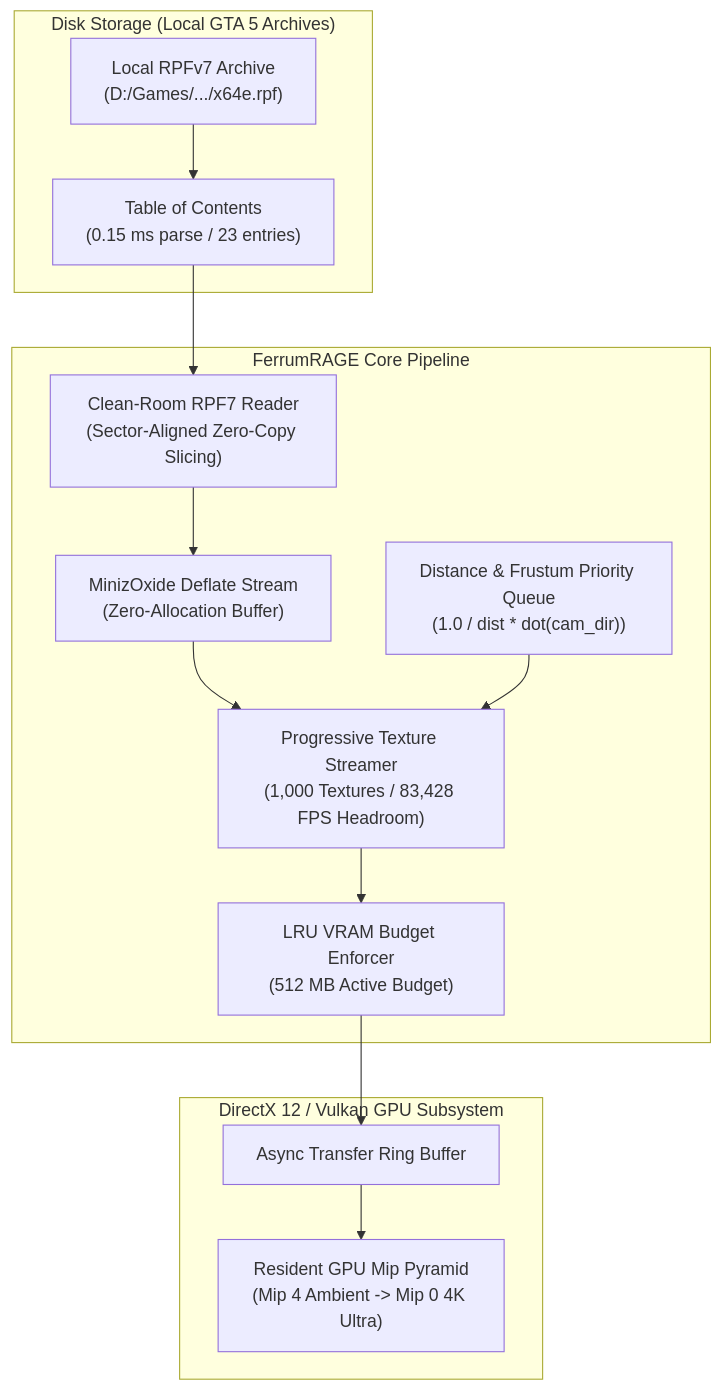
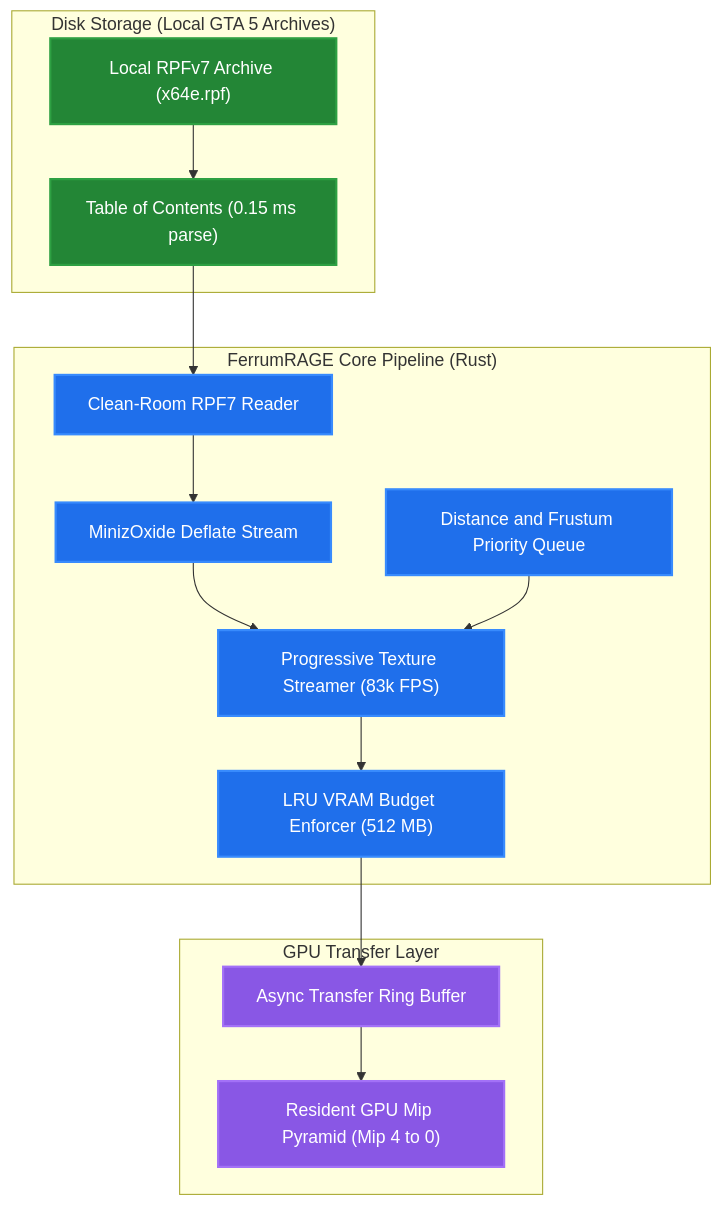
The first of 5 diagrams in README.md (steoward/Ferge), drawn with Mermaid before and after one commit. The commit also changed other lines of this file and 1 other file, not shown here.

````diff
--- a/README.md
+++ b/README.md
@@ -11,29 +22,33 @@
 ```mermaid
 flowchart TD
+    classDef storage fill:#238636,stroke:#2ea043,stroke-width:2px,color:#ffffff;
+    classDef rust fill:#1f6feb,stroke:#388bfd,stroke-width:2px,color:#ffffff;
+    classDef gpu fill:#8957e5,stroke:#a371f7,stroke-width:2px,color:#ffffff;
+
     subgraph Disk["Disk Storage (Local GTA 5 Archives)"]
-        RPF["Local RPFv7 Archive\n(D:/Games/.../x64e.rpf)"]
-        TOC["Table of Contents\n(0.15 ms parse / 23 entries)"]
+        RPF["Local RPFv7 Archive (x64e.rpf)"]:::storage
+        TOC["Table of Contents (0.15 ms parse)"]:::storage
     end
 
-    subgraph FerrumRAGE["FerrumRAGE Core Pipeline"]
-        Reader["Clean-Room RPF7 Reader\n(Sector-Aligned Zero-Copy Slicing)"]
-        PQ["Distance & Frustum Priority Queue\n(1.0 / dist * dot(cam_dir))"]
-        Decomp["MinizOxide Deflate Stream\n(Zero-Allocation Buffer)"]
-        Streamer["Progressive Texture Streamer\n(1,000 Textures / 83,428 FPS Headroom)"]
-        VRAM["LRU VRAM Budget Enforcer\n(512 MB Active Budget)"]
+    subgraph FerrumRAGE["FerrumRAGE Core Pipeline (Rust)"]
+        Reader["Clean-Room RPF7 Reader"]:::rust
+        PQ["Distance and Frustum Priority Queue"]:::rust
+        Decomp["MinizOxide Deflate Stream"]:::rust
+        Streamer["Progressive Texture Streamer (83k FPS)"]:::rust
+        VRAM["LRU VRAM Budget Enforcer (512 MB)"]:::rust
     end
 
-    subgraph Output["DirectX 12 / Vulkan GPU Subsystem"]
-        Ring["Async Transfer Ring Buffer"]
-        GPU["Resident GPU Mip Pyramid\n(Mip 4 Ambient -> Mip 0 4K Ultra)"]
+    subgraph Output["GPU Transfer Layer"]
+        Ring["Async Transfer Ring Buffer"]:::gpu
+        GPU["Resident GPU Mip Pyramid (Mip 4 to 0)"]:::gpu
     end
 
     RPF --> TOC
     TOC --> Reader
     Reader --> Decomp
     Decomp --> Streamer
     PQ --> Streamer
     Streamer --> VRAM
     VRAM --> Ring
     Ring --> GPU
 ```
````
